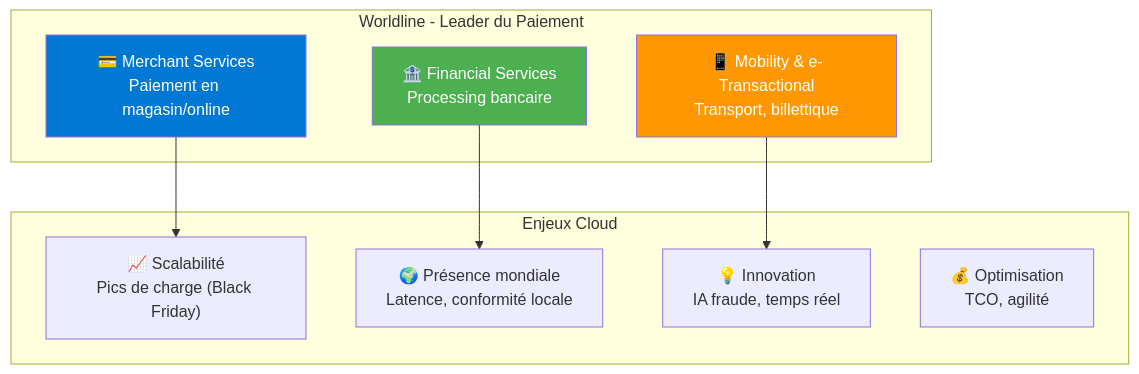
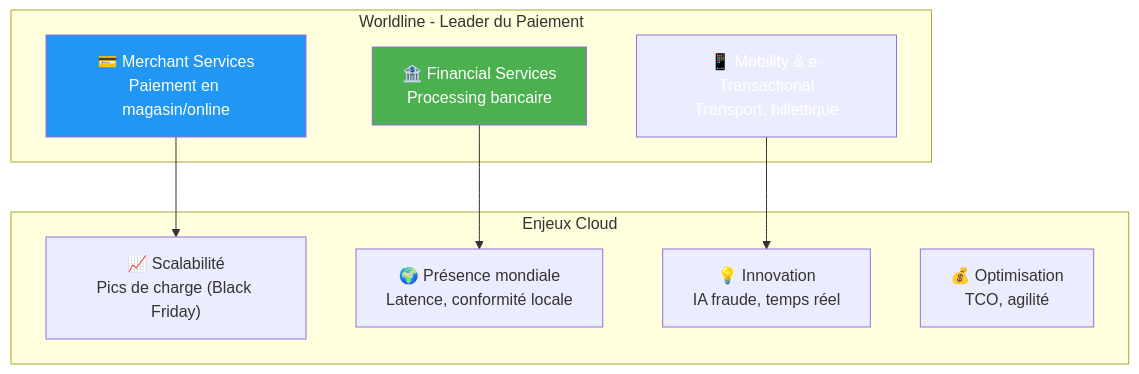
One commit to VBlackJack/ShellBook changed the first of 11 diagrams in docs/formations/cloud-fundamentals/07-module.md. Above: the diagram before and after it, drawn with Mermaid. The commit also changed other lines of this file and 337 other files, not shown here.

First line of the commit message:
refactor(docs): Standardize code blocks and Mermaid colors

````diff
--- a/docs/formations/cloud-fundamentals/07-module.md
+++ b/docs/formations/cloud-fundamentals/07-module.md
@@ -29,23 +29,23 @@
 ```mermaid
 graph TB
     subgraph "Worldline - Leader du Paiement"
         MS["💳 Merchant Services<br/>Paiement en magasin/online"]
         FS["🏦 Financial Services<br/>Processing bancaire"]
         MO["📱 Mobility & e-Transactional<br/>Transport, billettique"]
     end
 
     subgraph "Enjeux Cloud"
         SCALE["📈 Scalabilité<br/>Pics de charge (Black Friday)"]
         GLOBAL["🌍 Présence mondiale<br/>Latence, conformité locale"]
         INNOV["💡 Innovation<br/>IA fraude, temps réel"]
         COST["💰 Optimisation<br/>TCO, agilité"]
     end
 
     MS --> SCALE
     FS --> GLOBAL
     MO --> INNOV
 
-    style MS fill:#0078d4,color:#fff
+    style MS fill:#2196F3,color:#fff
     style FS fill:#4caf50,color:#fff
-    style MO fill:#ff9800,color:#fff
+    style MO fill:#FF9800800800,color:#fff
 ```
````
